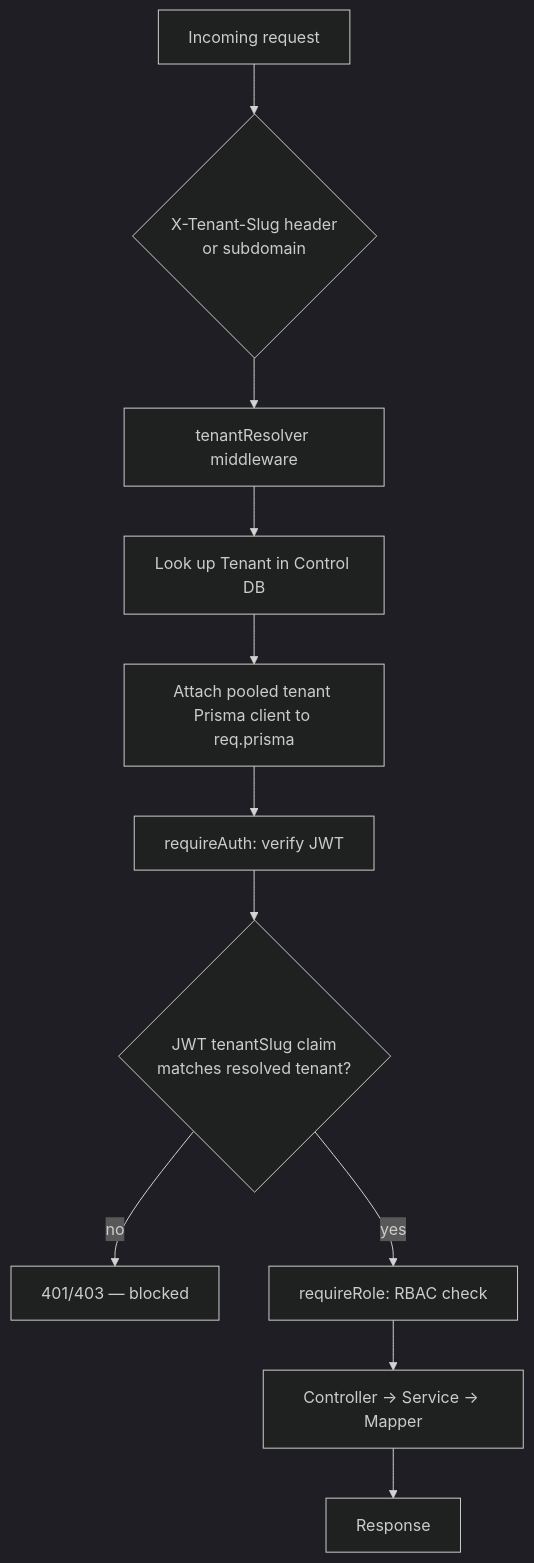
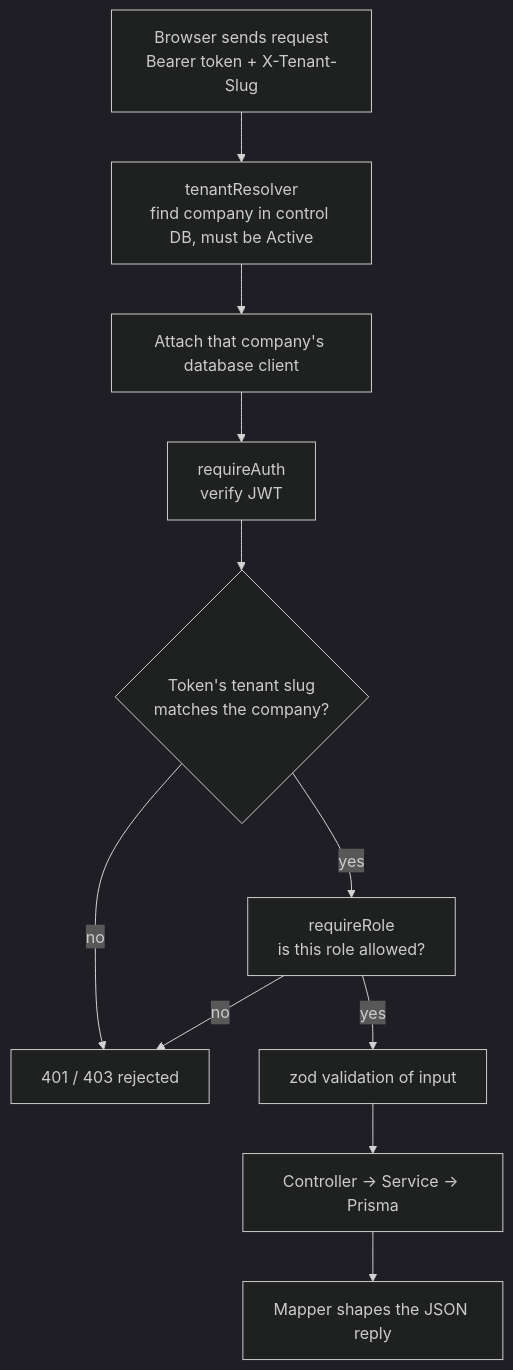
One commit to PrantaRoy/hrm_plus changed the third of 10 diagrams in docs/SYSTEM_WORKFLOW.md. Above: the diagram before and after it, drawn with Mermaid (dark theme). The commit also changed other lines of this file and 15 other files, not shown here.

````diff
--- a/docs/SYSTEM_WORKFLOW.md
+++ b/docs/SYSTEM_WORKFLOW.md
@@ -80,13 +160,13 @@
 ```mermaid
 flowchart TD
-    A[Incoming request] --> B{X-Tenant-Slug header<br/>or subdomain}
-    B --> C[tenantResolver middleware]
-    C --> D[Look up Tenant in Control DB]
-    D --> E[Attach pooled tenant Prisma client to req.prisma]
-    E --> F[requireAuth: verify JWT]
-    F --> G{JWT tenantSlug claim<br/>matches resolved tenant?}
-    G -->|no| X[401/403 — blocked]
-    G -->|yes| H[requireRole: RBAC check]
-    H --> I[Controller → Service → Mapper]
-    I --> J[Response]
+    A[Browser sends request<br/>Bearer token + X-Tenant-Slug] --> B[tenantResolver<br/>find company in control DB, must be Active]
+    B --> C[Attach that company's database client]
+    C --> D[requireAuth<br/>verify JWT]
+    D --> E{Token's tenant slug<br/>matches the company?}
+    E -- no --> X[401 / 403 rejected]
+    E -- yes --> F[requireRole<br/>is this role allowed?]
+    F -- no --> X
+    F -- yes --> G[zod validation of input]
+    G --> H[Controller → Service → Prisma]
+    H --> I[Mapper shapes the JSON reply]
 ```
````
